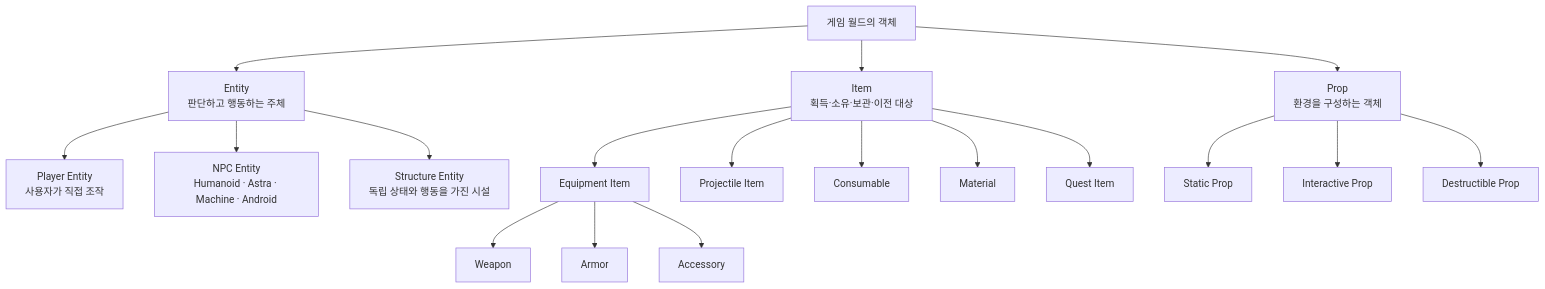
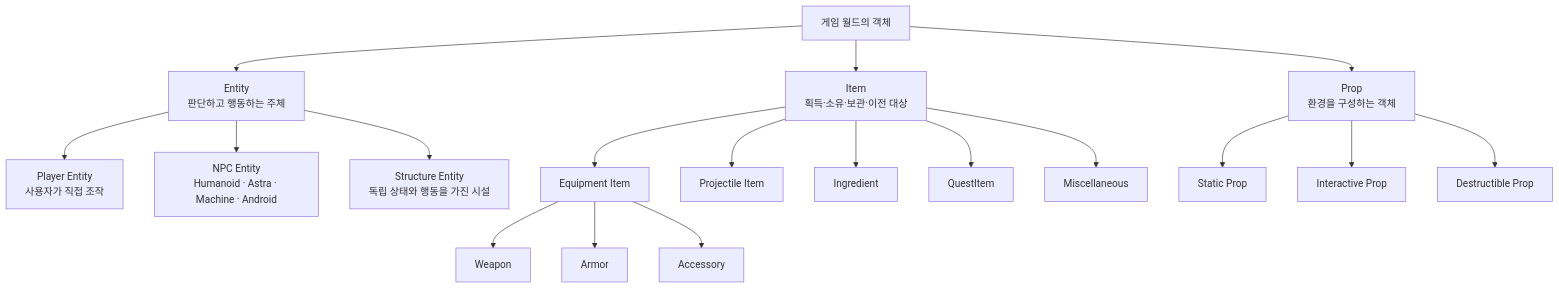
The diagram in Wiki/02_게임 기획/게임 객체 분류.md (liang2papa/Astra_Docs), drawn with Mermaid before and after one commit. The commit also changed other lines of this file and 3 other files, not shown here.

````diff
--- a/Wiki/02_게임 기획/게임 객체 분류.md
+++ b/Wiki/02_게임 기획/게임 객체 분류.md
@@ -3,23 +3,23 @@
 ```mermaid
 flowchart TD
     Object["게임 월드의 객체"] --> Entity["Entity<br/>판단하고 행동하는 주체"]
     Object --> Item["Item<br/>획득·소유·보관·이전 대상"]
     Object --> Prop["Prop<br/>환경을 구성하는 객체"]
 
     Entity --> Player["Player Entity<br/>사용자가 직접 조작"]
     Entity --> NPC["NPC Entity<br/>Humanoid · Astra · Machine · Android"]
     Entity --> Structure["Structure Entity<br/>독립 상태와 행동을 가진 시설"]
 
     Item --> Equipment["Equipment Item"]
     Equipment --> Weapon["Weapon"]
     Equipment --> Armor["Armor"]
     Equipment --> Accessory["Accessory"]
     Item --> Projectile["Projectile Item"]
-    Item --> Consumable["Consumable"]
-    Item --> Material["Material"]
-    Item --> Quest["Quest Item"]
+    Item --> Ingredient["Ingredient"]
+    Item --> Quest["QuestItem"]
+    Item --> Misc["Miscellaneous"]
 
     Prop --> Static["Static Prop"]
     Prop --> Interactive["Interactive Prop"]
     Prop --> Destructible["Destructible Prop"]
 ```
````
